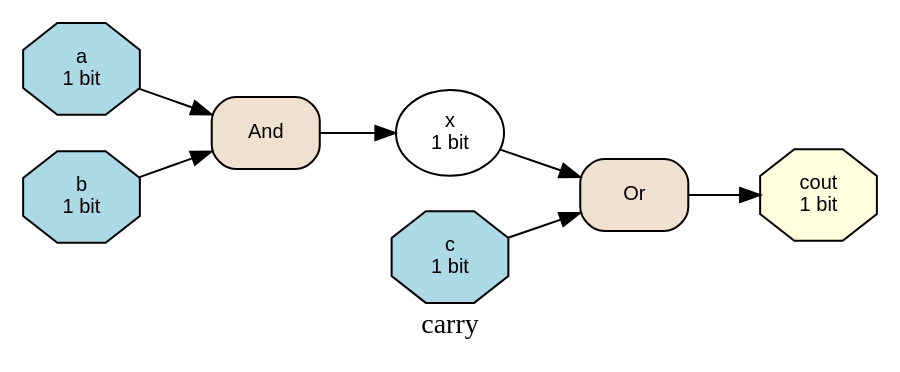
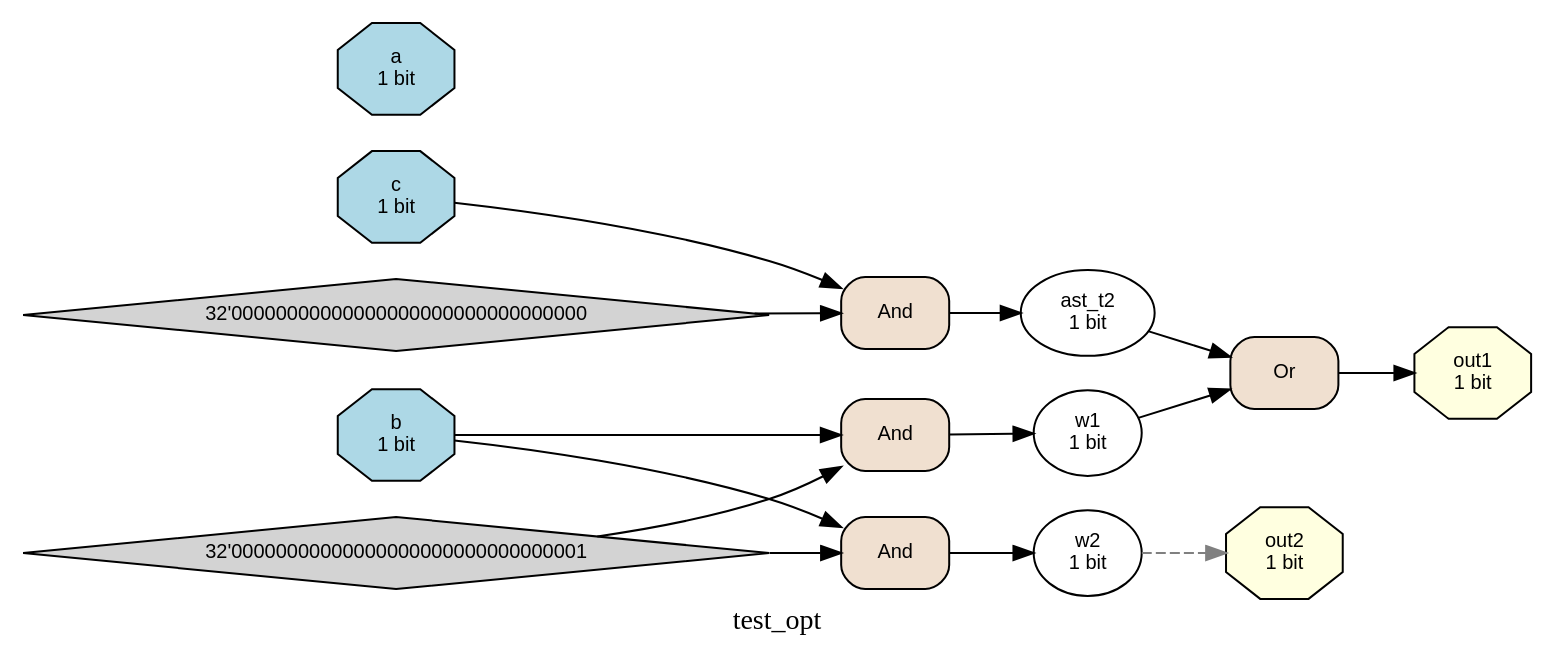
Before and after one commit to SuperEDATeam/MyYosys: the diagram in MyVSYosys/myir_show.dot, drawn with Graphviz. The commit also changed 13 other files, not shown here.

```diff
--- a/MyVSYosys/myir_show.dot
+++ b/MyVSYosys/myir_show.dot
@@ -1,21 +1,35 @@
-digraph "_carry" {
+digraph "_test_opt" {
   rankdir=LR;
-  label="carry";
+  label="test_opt";
   node [fontname="Helvetica", fontsize=10];
   edge [fontsize=8];
 
+  "w__ast_t2" [label="ast_t2\n1 bit", shape=ellipse];
   "w__a" [label="a\n1 bit", shape=octagon, style=filled, fillcolor=lightblue];
   "w__b" [label="b\n1 bit", shape=octagon, style=filled, fillcolor=lightblue];
   "w__c" [label="c\n1 bit", shape=octagon, style=filled, fillcolor=lightblue];
-  "w__cout" [label="cout\n1 bit", shape=octagon, style=filled, fillcolor=lightyellow];
-  "w__x" [label="x\n1 bit", shape=ellipse];
+  "w__out1" [label="out1\n1 bit", shape=octagon, style=filled, fillcolor=lightyellow];
+  "w__out2" [label="out2\n1 bit", shape=octagon, style=filled, fillcolor=lightyellow];
+  "w__w1" [label="w1\n1 bit", shape=ellipse];
+  "w__w2" [label="w2\n1 bit", shape=ellipse];
+  "c_32'00000000000000000000000000000000" [label="32'00000000000000000000000000000000", shape=diamond, style=filled, fillcolor=lightgray];
+  "c_32'00000000000000000000000000000001" [label="32'00000000000000000000000000000001", shape=diamond, style=filled, fillcolor=lightgray];
 
   "e_0" [label="And", shape=box, style="rounded,filled", fillcolor="#f0e0d0"];
-  "w__a" -> "e_0";
+  "c_32'00000000000000000000000000000001" -> "e_0";
   "w__b" -> "e_0";
-  "e_0" -> "w__x";
-  "e_1" [label="Or", shape=box, style="rounded,filled", fillcolor="#f0e0d0"];
-  "w__x" -> "e_1";
-  "w__c" -> "e_1";
-  "e_1" -> "w__cout";
+  "e_0" -> "w__w1";
+  "e_1" [label="And", shape=box, style="rounded,filled", fillcolor="#f0e0d0"];
+  "c_32'00000000000000000000000000000001" -> "e_1";
+  "w__b" -> "e_1";
+  "e_1" -> "w__w2";
+  "e_2" [label="And", shape=box, style="rounded,filled", fillcolor="#f0e0d0"];
+  "w__c" -> "e_2";
+  "c_32'00000000000000000000000000000000" -> "e_2";
+  "e_2" -> "w__ast_t2";
+  "e_3" [label="Or", shape=box, style="rounded,filled", fillcolor="#f0e0d0"];
+  "w__w1" -> "e_3";
+  "w__ast_t2" -> "e_3";
+  "e_3" -> "w__out1";
+  "w__w2" -> "w__out2" [style=dashed, color=gray];
 }
```
